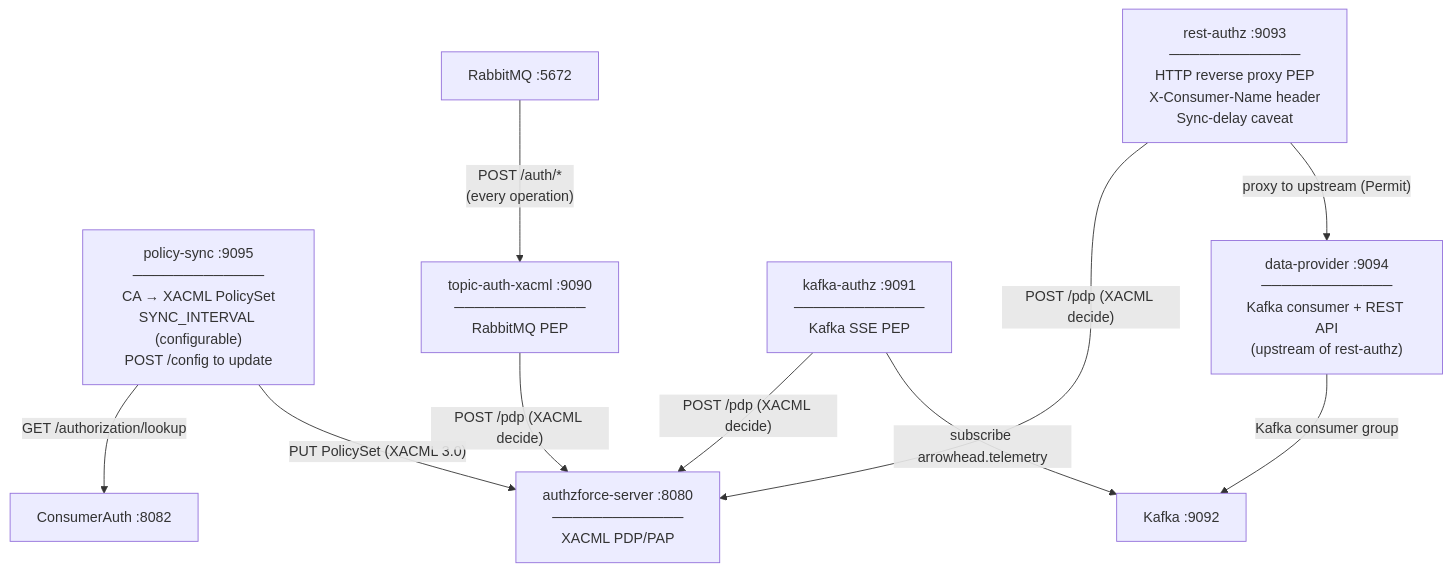
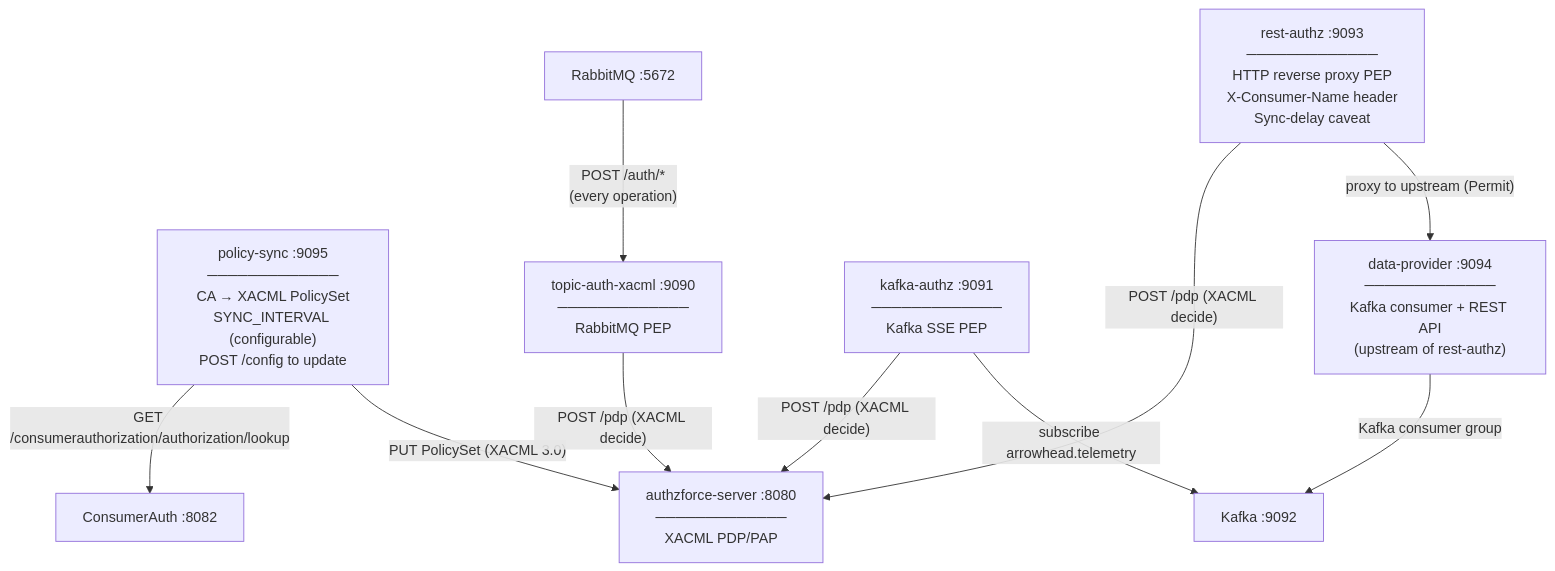
The fourth of 6 diagrams in support/DIAGRAMS.md (ulfbod/Arrowhead-experimental-core-systems), drawn with Mermaid before and after one commit. The commit also changed other lines of this file and 183 other files, not shown here.

````diff
--- a/support/DIAGRAMS.md
+++ b/support/DIAGRAMS.md
@@ -122,28 +122,28 @@
 ```mermaid
 graph TD
     CA["ConsumerAuth :8082"]
     AZ["authzforce-server :8080\n─────────────\nXACML PDP/PAP"]
 
     PS["policy-sync :9095\n─────────────\nCA → XACML PolicySet\nSYNC_INTERVAL (configurable)\nPOST /config to update"]
 
     TAX["topic-auth-xacml :9090\n─────────────\nRabbitMQ PEP"]
     KA["kafka-authz :9091\n─────────────\nKafka SSE PEP"]
     RA["rest-authz :9093\n─────────────\nHTTP reverse proxy PEP\nX-Consumer-Name header\nSync-delay caveat"]
 
     RMQ["RabbitMQ :5672"]
     KFK["Kafka :9092"]
     DP["data-provider :9094\n─────────────\nKafka consumer + REST API\n(upstream of rest-authz)"]
 
-    PS  -->|"GET /authorization/lookup"| CA
+    PS  -->|"GET /consumerauthorization/authorization/lookup"| CA
     PS  -->|"PUT PolicySet (XACML 3.0)"| AZ
 
     RMQ -->|"POST /auth/*\n(every operation)"| TAX
     TAX -->|"POST /pdp (XACML decide)"| AZ
 
     KA  -->|"POST /pdp (XACML decide)"| AZ
     KA  -->|"subscribe arrowhead.telemetry"| KFK
 
     RA  -->|"POST /pdp (XACML decide)"| AZ
     RA  -->|"proxy to upstream (Permit)"| DP
     DP  -->|"Kafka consumer group"| KFK
 ```
````
